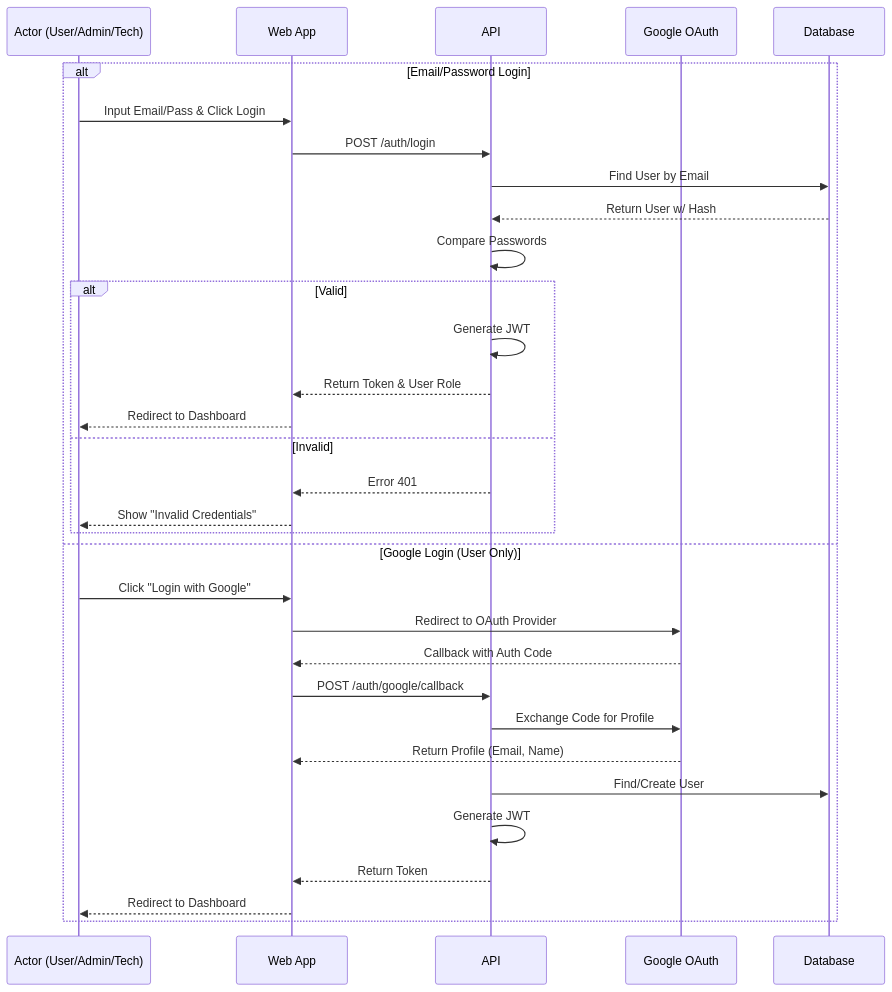
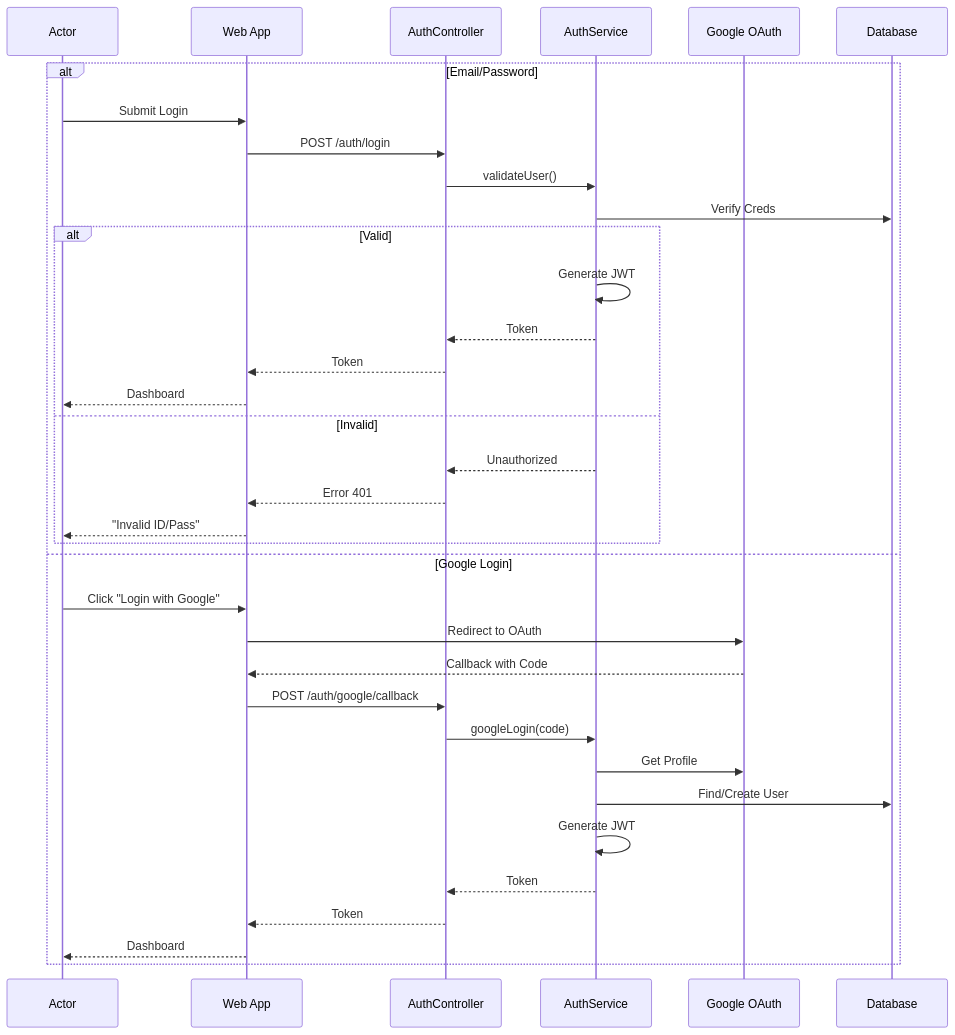
The second of 5 diagrams in DOC-TTCS/authentication_docs.md (duong4444/agribot-dev), drawn with Mermaid before and after one commit. The commit also changed other lines of this file and 7 other files, not shown here.

````diff
--- a/DOC-TTCS/authentication_docs.md
+++ b/DOC-TTCS/authentication_docs.md
@@ -99,35 +101,38 @@
 ```mermaid
 sequenceDiagram
-    participant A as Actor (User/Admin/Tech)
+    participant A as Actor
     participant FE as Web App
-    participant BE as API
+    participant CTL as AuthController
+    participant SVC as AuthService
     participant G as Google OAuth
     participant DB as Database
 
-    alt Email/Password Login
-        A->>FE: Input Email/Pass & Click Login
-        FE->>BE: POST /auth/login
-        BE->>DB: Find User by Email
-        DB-->>BE: Return User w/ Hash
-        BE->>BE: Compare Passwords
+    alt Email/Password
+        A->>FE: Submit Login
+        FE->>CTL: POST /auth/login
+        CTL->>SVC: validateUser()
+        SVC->>DB: Verify Creds
         alt Valid
-            BE->>BE: Generate JWT
-            BE-->>FE: Return Token & User Role
-            FE-->>A: Redirect to Dashboard
+            SVC->>SVC: Generate JWT
+            SVC-->>CTL: Token
+            CTL-->>FE: Token
+            FE-->>A: Dashboard
         else Invalid
-            BE-->>FE: Error 401
-            FE-->>A: Show "Invalid Credentials"
+            SVC-->>CTL: Unauthorized
+            CTL-->>FE: Error 401
+            FE-->>A: "Invalid ID/Pass"
         end
-    else Google Login (User Only)
+    else Google Login
         A->>FE: Click "Login with Google"
-        FE->>G: Redirect to OAuth Provider
-        G-->>FE: Callback with Auth Code
-        FE->>BE: POST /auth/google/callback
-        BE->>G: Exchange Code for Profile
-        G-->>FE: Return Profile (Email, Name)
-        BE->>DB: Find/Create User
-        BE->>BE: Generate JWT
-        BE-->>FE: Return Token
-        FE-->>A: Redirect to Dashboard
+        FE->>G: Redirect to OAuth
+        G-->>FE: Callback with Code
+        FE->>CTL: POST /auth/google/callback
+        CTL->>SVC: googleLogin(code)
+        SVC->>G: Get Profile
+        SVC->>DB: Find/Create User
+        SVC->>SVC: Generate JWT
+        SVC-->>CTL: Token
+        CTL-->>FE: Token
+        FE-->>A: Dashboard
     end
 ```
````
